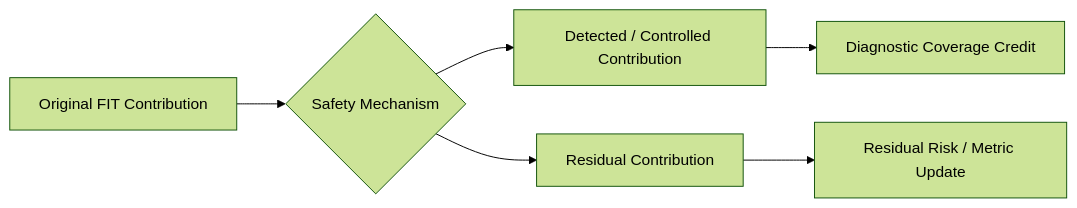
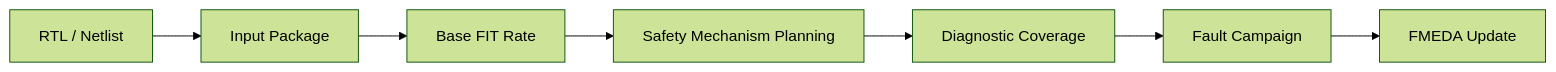
The first of 4 diagrams in articles/01_automotive_safeic_practice_d01_github_en_revised.md (qiqixixi1001/automotive-safeic-practice), drawn with Mermaid (forest theme) before and after one commit. The commit also changed other lines of this file, not shown here.

````diff
--- a/articles/01_automotive_safeic_practice_d01_github_en_revised.md
+++ b/articles/01_automotive_safeic_practice_d01_github_en_revised.md
@@ -326,8 +154,9 @@
 ```mermaid
 flowchart LR
-    A[Original FIT Contribution] --> B{Safety Mechanism}
-    B --> C[Detected / Controlled Contribution]
-    B --> D[Residual Contribution]
-    C --> E[Diagnostic Coverage Credit]
-    D --> F[Residual Risk / Metric Update]
+    A[RTL / Netlist] --> B[Input Package]
+    B --> C[Base FIT Rate]
+    C --> D[Safety Mechanism Planning]
+    D --> E[Diagnostic Coverage]
+    E --> F[Fault Campaign]
+    F --> G[FMEDA Update]
 ```
````
